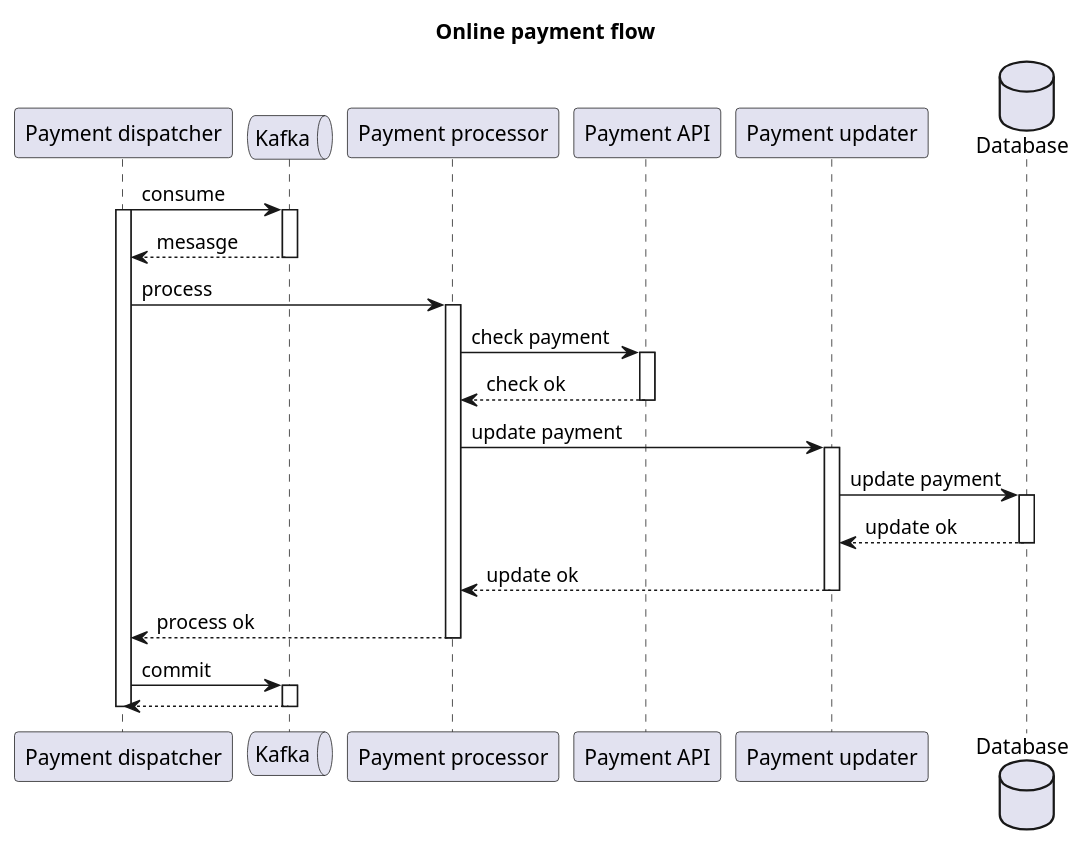
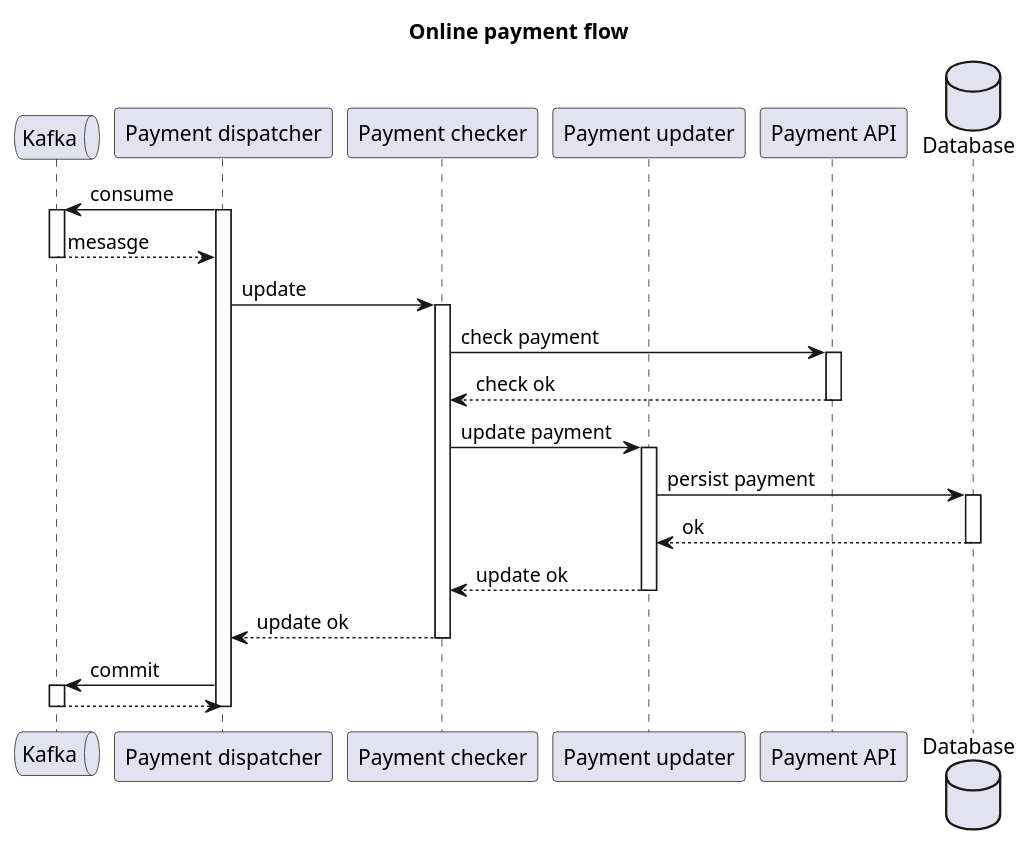
Before and after one commit to txor/acme-payment-system: the diagram in diagrams/online_secuence.puml, drawn with PlantUML. The commit also changed 2 other files, not shown here.

Commit message:
Updated design diagrams for a multipurpose Payment dispatcher.

```diff
--- a/diagrams/online_secuence.puml
+++ b/diagrams/online_secuence.puml
@@ -1,39 +1,39 @@
 @startuml
 
 Title Online payment flow
 
+queue "Kafka" as K
 participant "Payment dispatcher" as PD
-queue "Kafka" as K
-participant "Payment processor" as PP
+participant "Payment checker" as PP
+participant "Payment updater" as PU
 participant "Payment API" as PA
-participant "Payment updater" as PU
 database "Database" as DB
 
 PD -> K: consume
 activate PD
 activate K
 K --> PD: mesasge
 deactivate K
-PD -> PP: process
+PD -> PP: update
 activate PP
 PP -> PA: check payment
 activate PA
 PA --> PP: check ok
 deactivate PA
 PP -> PU: update payment
 activate PU
-PU -> DB: update payment
+PU -> DB: persist payment
 activate DB
-DB --> PU: update ok
+DB --> PU: ok
 deactivate DB
 PU --> PP: update ok
 deactivate PU
-PP --> PD: process ok
+PP --> PD: update ok
 deactivate PP
 PD -> K: commit
 activate K
 K --> PD
 deactivate K
 deactivate PD
 
 @enduml
```
